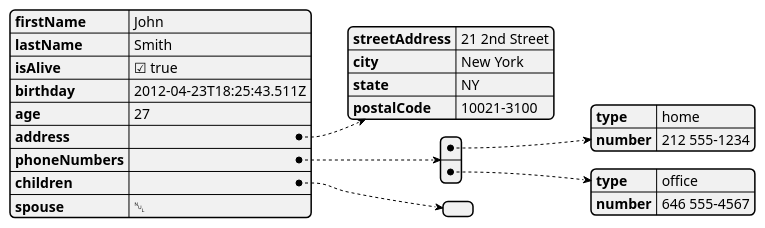
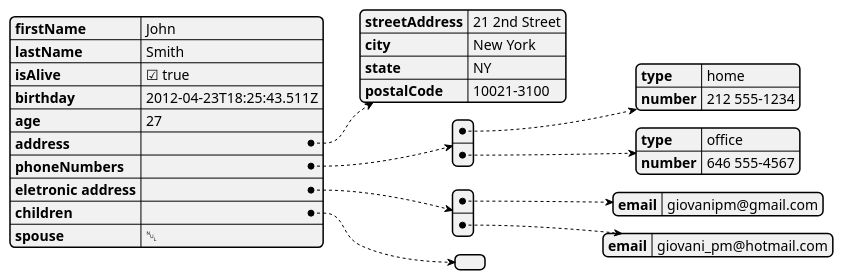
One commit to GiovaniPM/DMNTests changed the diagram in PlantUML/json1.md. Above: the diagram before and after it, drawn with PlantUML. The commit also changed 2 other files, not shown here.

Commit message:
giova(DESKTOP-PG18CKU) 210222143751

````diff
--- a/PlantUML/json1.md
+++ b/PlantUML/json1.md
@@ -3,29 +3,37 @@
 ```plantuml
 @startjson
 {
   "firstName": "John",
   "lastName": "Smith",
   "isAlive": true,
   "birthday": "2012-04-23T18:25:43.511Z",
   "age": 27,
   "address": {
     "streetAddress": "21 2nd Street",
     "city": "New York",
     "state": "NY",
     "postalCode": "10021-3100"
   },
   "phoneNumbers": [
     {
       "type": "home",
       "number": "212 555-1234"
     },
     {
       "type": "office",
       "number": "646 555-4567"
     }
   ],
+  "eletronic address": [
+    {
+      "email": "giovanipm@gmail.com"
+    },
+    {
+      "email": "giovani_pm@hotmail.com"
+    }
+  ],
   "children": [],
   "spouse": null
 }
 @endjson
 ```
````
